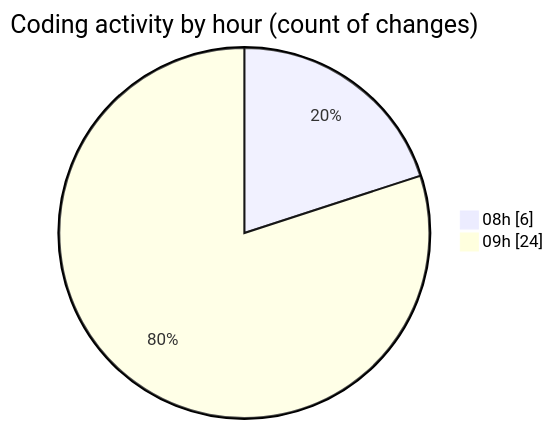
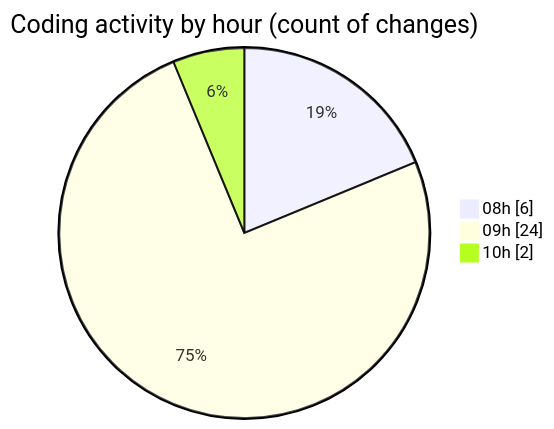
One commit to vahidmafi/code-tracking changed the second of 2 diagrams in 2025-04-11/zeytoon/README.md. Above: the diagram before and after it, drawn with Mermaid. The commit also changed other lines of this file and 1 other file, not shown here.

````diff
--- a/2025-04-11/zeytoon/README.md
+++ b/2025-04-11/zeytoon/README.md
@@ -32,6 +32,7 @@
 ```mermaid
 pie showData
 title Coding activity by hour (count of changes)
 "08h" : 6
 "09h" : 24
+"10h" : 2
 ```
````
